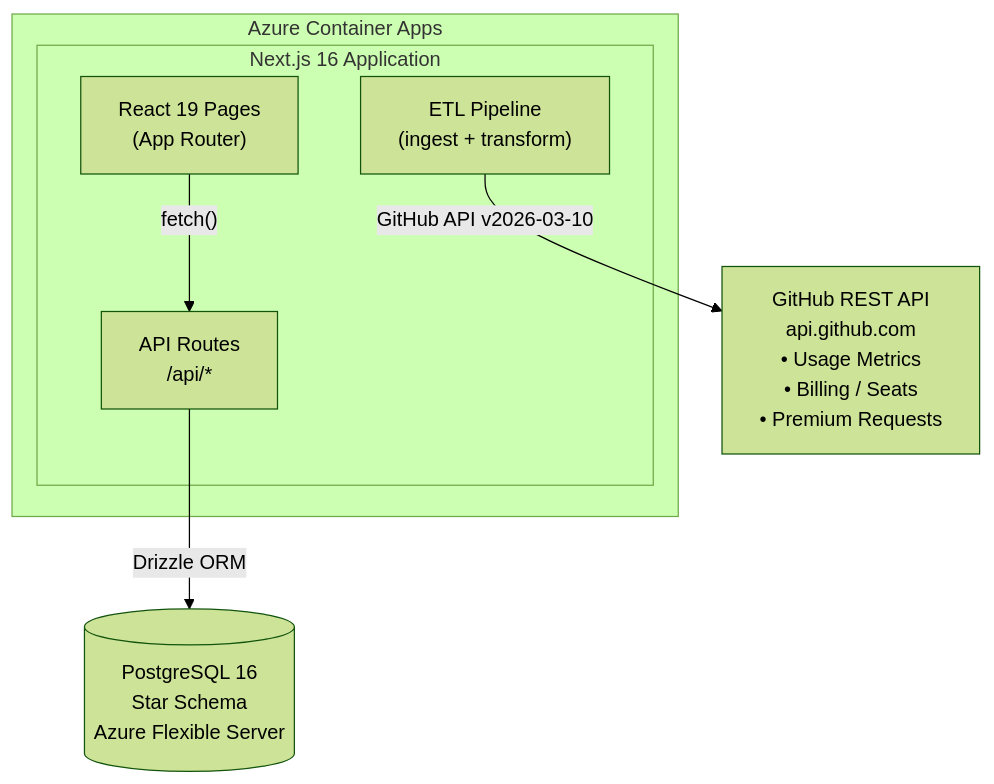
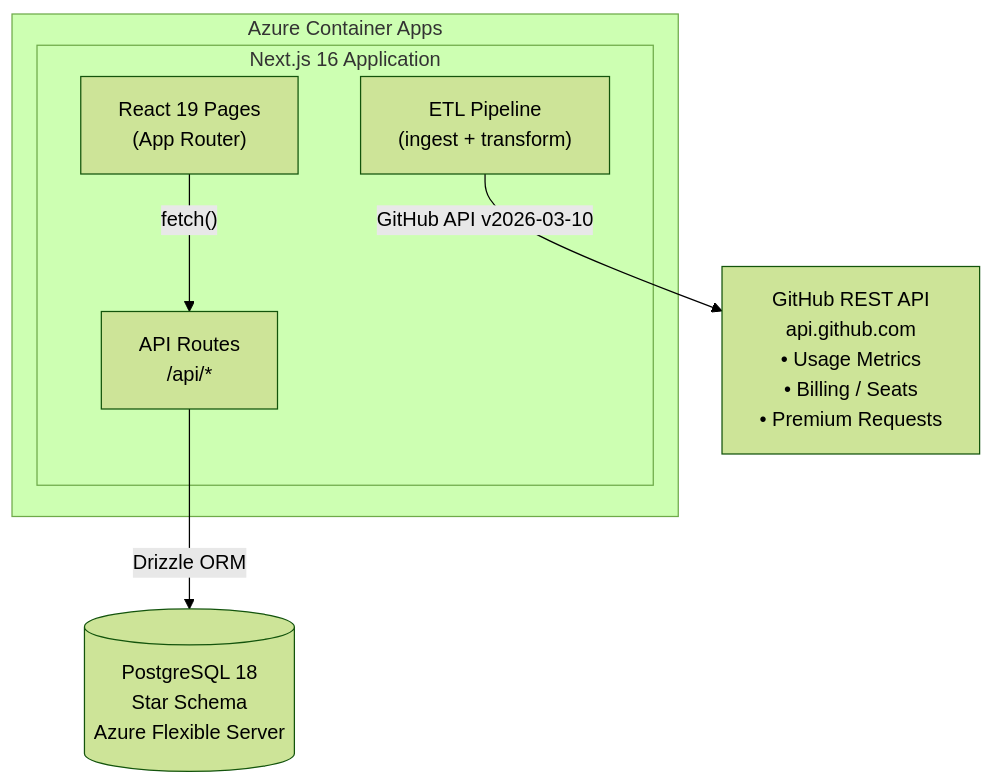
Before and after one commit to amgdy/github-copilot-insights-dashboard: the first of 6 diagrams in docs/architecture.md, drawn with Mermaid (forest theme). The commit also changed 5 other files, not shown here.

Commit message:
chore: update PostgreSQL version to 18 across documentation and infrastructure

````diff
--- a/docs/architecture.md
+++ b/docs/architecture.md
@@ -7,17 +7,17 @@
 ```mermaid
 graph TD
     subgraph ACA["Azure Container Apps"]
         subgraph App["Next.js 16 Application"]
             React["React 19 Pages<br/>(App Router)"]
             API["API Routes<br/>/api/*"]
             ETL["ETL Pipeline<br/>(ingest + transform)"]
         end
     end
 
     React -- "fetch()" --> API
     API -- "Drizzle ORM" --> PG
     ETL -- "GitHub API v2026-03-10" --> GH
 
-    PG[("PostgreSQL 16<br/>Star Schema<br/>Azure Flexible Server")]
+    PG[("PostgreSQL 18<br/>Star Schema<br/>Azure Flexible Server")]
     GH["GitHub REST API<br/>api.github.com<br/>• Usage Metrics<br/>• Billing / Seats<br/>• Premium Requests"]
 ```
````
